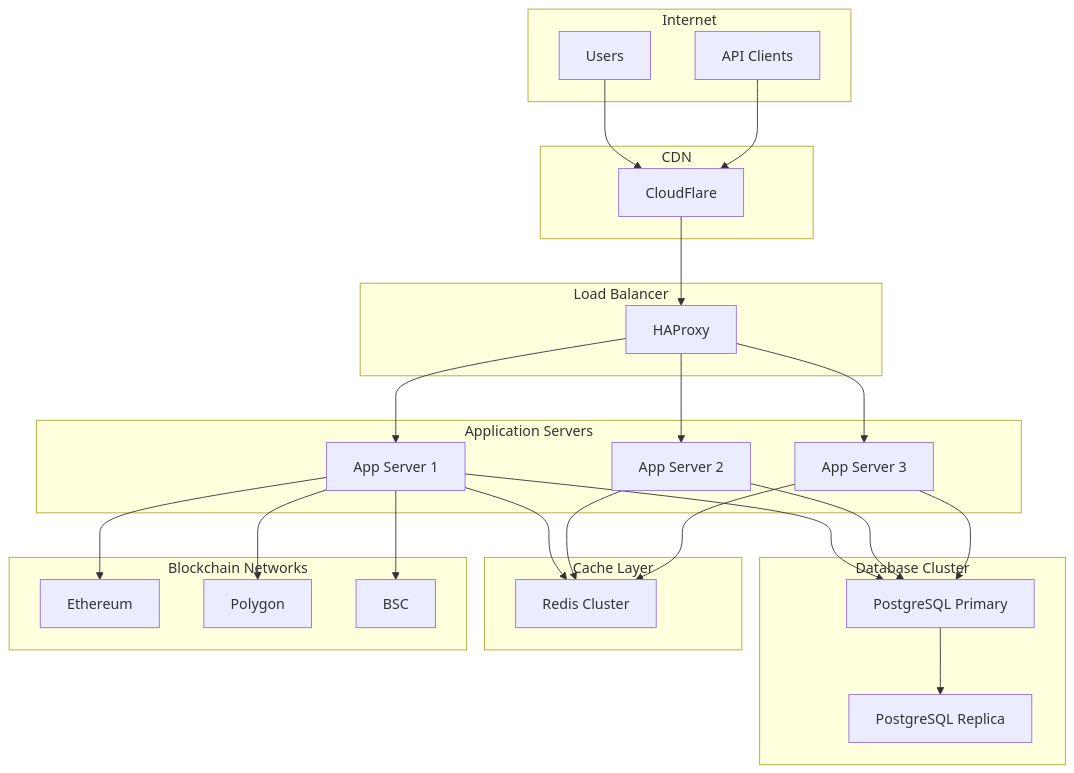
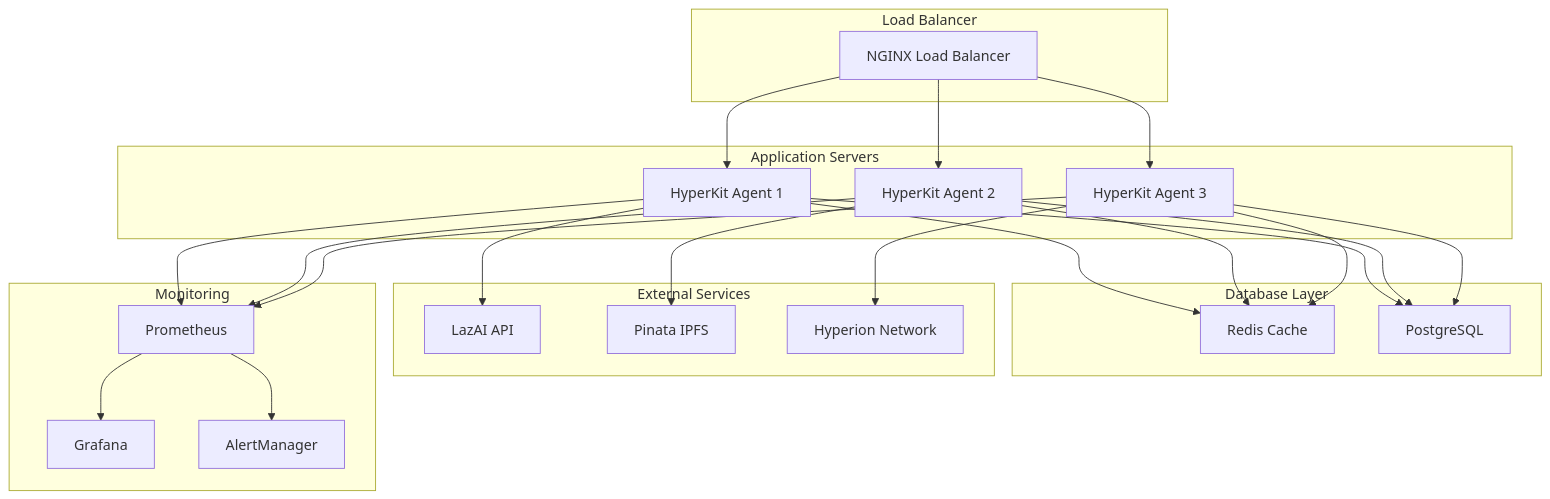
Before and after one commit to JustineDevs/Hyperkit-Agent: the tenth of 13 diagrams in hyperkit-agent/docs/ARCHITECTURE_DIAGRAMS.md, drawn with Mermaid. The commit also changed other lines of this file and 118 other files, not shown here.

````diff
--- a/hyperkit-agent/docs/ARCHITECTURE_DIAGRAMS.md
+++ b/hyperkit-agent/docs/ARCHITECTURE_DIAGRAMS.md
@@ -431,53 +302,52 @@
 ```mermaid
 graph TB
-    subgraph "Internet"
-        A[Users]
-        B[API Clients]
-    end
-    
-    subgraph "CDN"
-        C[CloudFlare]
-    end
-    
     subgraph "Load Balancer"
-        D[HAProxy]
+        LB[NGINX Load Balancer]
     end
     
     subgraph "Application Servers"
-        E[App Server 1]
-        F[App Server 2]
-        G[App Server 3]
+        APP1[HyperKit Agent 1]
+        APP2[HyperKit Agent 2]
+        APP3[HyperKit Agent 3]
     end
     
-    subgraph "Database Cluster"
-        H[PostgreSQL Primary]
-        I[PostgreSQL Replica]
+    subgraph "Database Layer"
+        REDIS[Redis Cache]
+        POSTGRES[PostgreSQL]
     end
     
-    subgraph "Cache Layer"
-        J[Redis Cluster]
+    subgraph "External Services"
+        LAZAI[LazAI API]
+        PINATA[Pinata IPFS]
+        HYPERION[Hyperion Network]
     end
     
-    subgraph "Blockchain Networks"
-        K[Ethereum]
-        L[Polygon]
-        M[BSC]
+    subgraph "Monitoring"
+        PROMETHEUS[Prometheus]
+        GRAFANA[Grafana]
+        ALERTMANAGER[AlertManager]
     end
     
-    A --> C
-    B --> C
-    C --> D
-    D --> E
-    D --> F
-    D --> G
-    E --> H
-    F --> H
-    G --> H
-    H --> I
-    E --> J
-    F --> J
-    G --> J
-    E --> K
-    E --> L
-    E --> M
+    LB --> APP1
+    LB --> APP2
+    LB --> APP3
+    
+    APP1 --> REDIS
+    APP2 --> REDIS
+    APP3 --> REDIS
+    
+    APP1 --> POSTGRES
+    APP2 --> POSTGRES
+    APP3 --> POSTGRES
+    
+    APP1 --> LAZAI
+    APP2 --> PINATA
+    APP3 --> HYPERION
+    
+    APP1 --> PROMETHEUS
+    APP2 --> PROMETHEUS
+    APP3 --> PROMETHEUS
+    
+    PROMETHEUS --> GRAFANA
+    PROMETHEUS --> ALERTMANAGER
 ```
````
